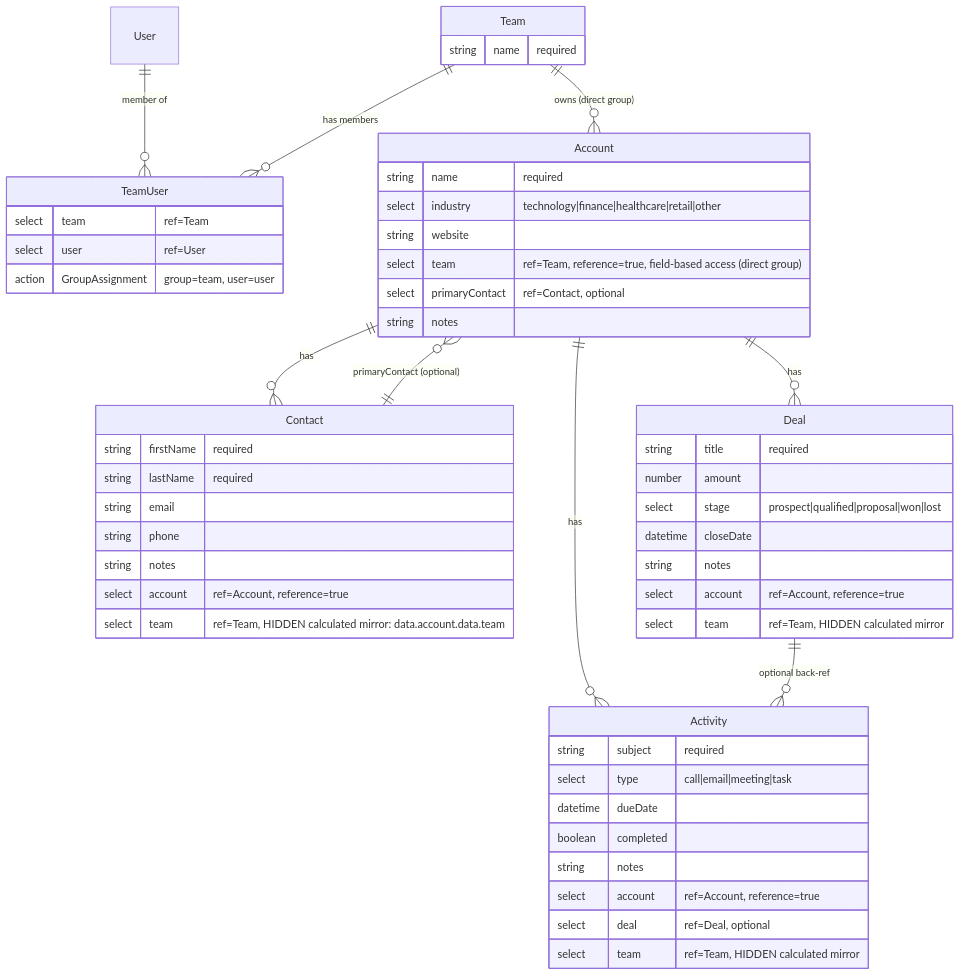
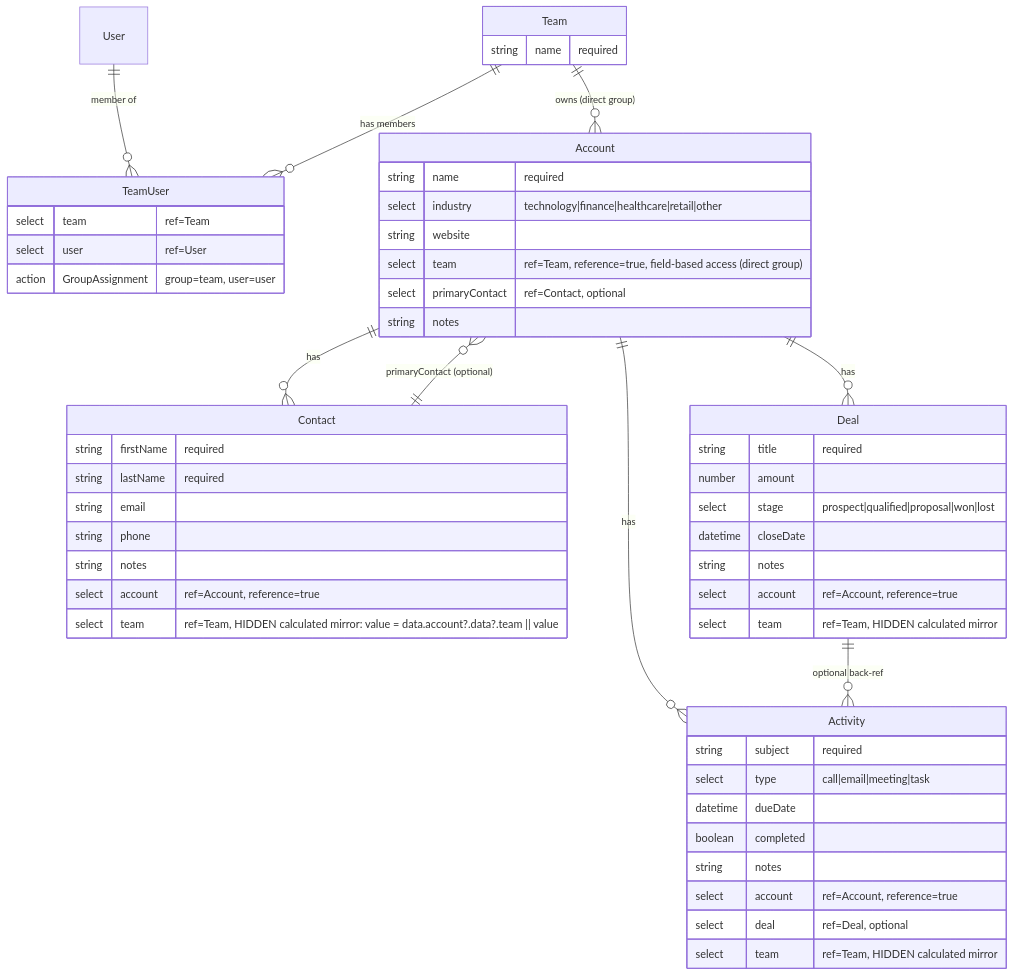
One commit to formio/ai changed the first of 2 diagrams in plugin/skills/formio-resource-planner/references/examples/complex-crm-transitive/template.md. Above: the diagram before and after it, drawn with Mermaid. The commit also changed other lines of this file and 15 other files, not shown here.

````diff
--- a/plugin/skills/formio-resource-planner/references/examples/complex-crm-transitive/template.md
+++ b/plugin/skills/formio-resource-planner/references/examples/complex-crm-transitive/template.md
@@ -93,56 +93,56 @@
 ```mermaid
 erDiagram
     User ||--o{ TeamUser : "member of"
     Team ||--o{ TeamUser : "has members"
     Team ||--o{ Account : "owns (direct group)"
     Account ||--o{ Contact : "has"
     Account ||--o{ Deal : "has"
     Account ||--o{ Activity : "has"
     Deal ||--o{ Activity : "optional back-ref"
     Account }o--|| Contact : "primaryContact (optional)"
 
     Team {
         string name "required"
     }
     TeamUser {
         select team "ref=Team"
         select user "ref=User"
         action GroupAssignment "group=team, user=user"
     }
     Account {
         string name "required"
         select industry "technology|finance|healthcare|retail|other"
         string website
         select team "ref=Team, reference=true, field-based access (direct group)"
         select primaryContact "ref=Contact, optional"
         string notes
     }
     Contact {
         string firstName "required"
         string lastName "required"
         string email
         string phone
         string notes
         select account "ref=Account, reference=true"
-        select team "ref=Team, HIDDEN calculated mirror: data.account.data.team"
+        select team "ref=Team, HIDDEN calculated mirror: value = data.account?.data?.team || value"
     }
     Deal {
         string title "required"
         number amount
         select stage "prospect|qualified|proposal|won|lost"
         datetime closeDate
         string notes
         select account "ref=Account, reference=true"
         select team "ref=Team, HIDDEN calculated mirror"
     }
     Activity {
         string subject "required"
         select type "call|email|meeting|task"
         datetime dueDate
         boolean completed
         string notes
         select account "ref=Account, reference=true"
         select deal "ref=Deal, optional"
         select team "ref=Team, HIDDEN calculated mirror"
     }
 ```
````
